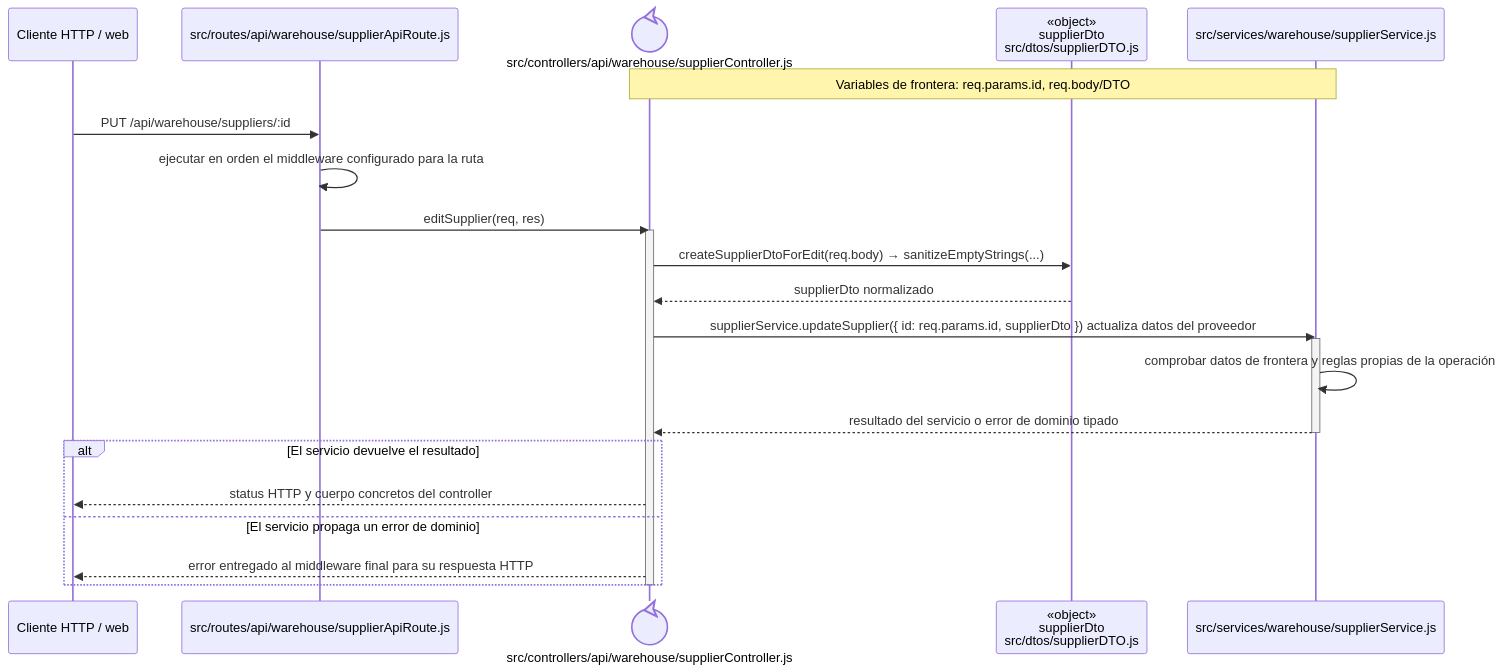
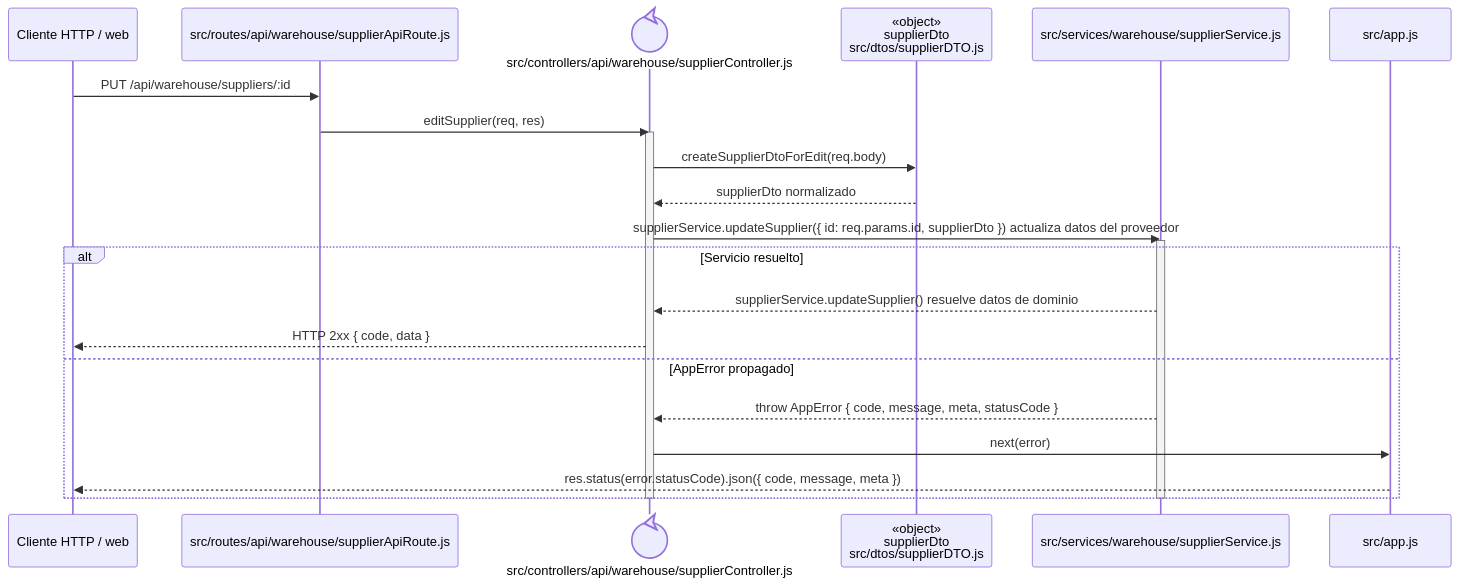
One commit to gpgsistemas01/nexus changed the diagram in docs/architecture/backend-code-sequences/catalogs/cu-cat-03.md. Above: the diagram before and after it, drawn with Mermaid. The commit also changed 148 other files, not shown here.

````diff
--- a/docs/architecture/backend-code-sequences/catalogs/cu-cat-03.md
+++ b/docs/architecture/backend-code-sequences/catalogs/cu-cat-03.md
@@ -6,27 +6,27 @@
 ```mermaid
 sequenceDiagram
     participant Client as Cliente HTTP / web
     participant Route as src/routes/api/warehouse/supplierApiRoute.js
     participant Controller@{ "type": "control" } as src/controllers/api/warehouse/supplierController.js
     participant SupplierDto as «object»<br/>supplierDto<br/>src/dtos/supplierDTO.js
     participant Domain as src/services/warehouse/supplierService.js
-    Note over Controller,Domain: Variables de frontera: req.params.id, req.body/DTO
+    participant ErrorHandler as src/app.js
 
     Client->>Route: PUT /api/warehouse/suppliers/:id
-    Route->>Route: ejecutar en orden el middleware configurado para la ruta
     Route->>Controller: editSupplier(req, res)
     activate Controller
-    Controller->>SupplierDto: createSupplierDtoForEdit(req.body) → sanitizeEmptyStrings(...)
+    Controller->>SupplierDto: createSupplierDtoForEdit(req.body)
     SupplierDto-->>Controller: supplierDto normalizado
     Controller->>Domain: supplierService.updateSupplier({ id: req.params.id, supplierDto }) actualiza datos del proveedor
     activate Domain
-    Domain->>Domain: comprobar datos de frontera y reglas propias de la operación
-    Domain-->>Controller: resultado del servicio o error de dominio tipado
+    alt Servicio resuelto
+        Domain-->>Controller: supplierService.updateSupplier() resuelve datos de dominio
+        Controller-->>Client: HTTP 2xx { code, data }
+    else AppError propagado
+        Domain-->>Controller: throw AppError { code, message, meta, statusCode }
+        Controller->>ErrorHandler: next(error)
+        ErrorHandler-->>Client: res.status(error.statusCode).json({ code, message, meta })
+    end
     deactivate Domain
-    alt El servicio devuelve el resultado
-        Controller-->>Client: status HTTP y cuerpo concretos del controller
-    else El servicio propaga un error de dominio
-        Controller-->>Client: error entregado al middleware final para su respuesta HTTP
-    end
     deactivate Controller
 ```
````
